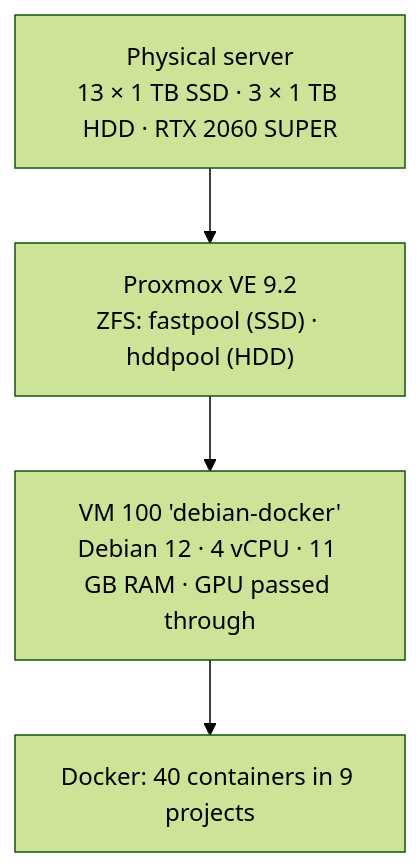
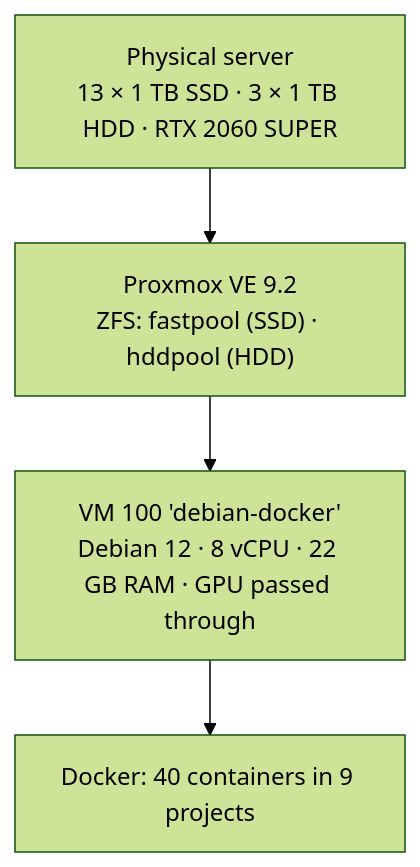
The first of 2 diagrams in architecture/host-and-vm.md (BigBoiToasty/homelab-docs), drawn with Mermaid (forest theme) before and after one commit. The commit also changed other lines of this file and 4 other files, not shown here.

````diff
--- a/architecture/host-and-vm.md
+++ b/architecture/host-and-vm.md
@@ -7,8 +7,8 @@
 ```mermaid
 flowchart TB
     HW["Physical server<br/>13 × 1 TB SSD · 3 × 1 TB HDD · RTX 2060 SUPER"]
     PVE["Proxmox VE 9.2<br/>ZFS: fastpool (SSD) · hddpool (HDD)"]
-    VM["VM 100 'debian-docker'<br/>Debian 12 · 4 vCPU · 11 GB RAM · GPU passed through"]
+    VM["VM 100 'debian-docker'<br/>Debian 12 · 8 vCPU · 22 GB RAM · GPU passed through"]
     DK["Docker: 40 containers in 9 projects"]
     HW --> PVE --> VM --> DK
 ```
````
